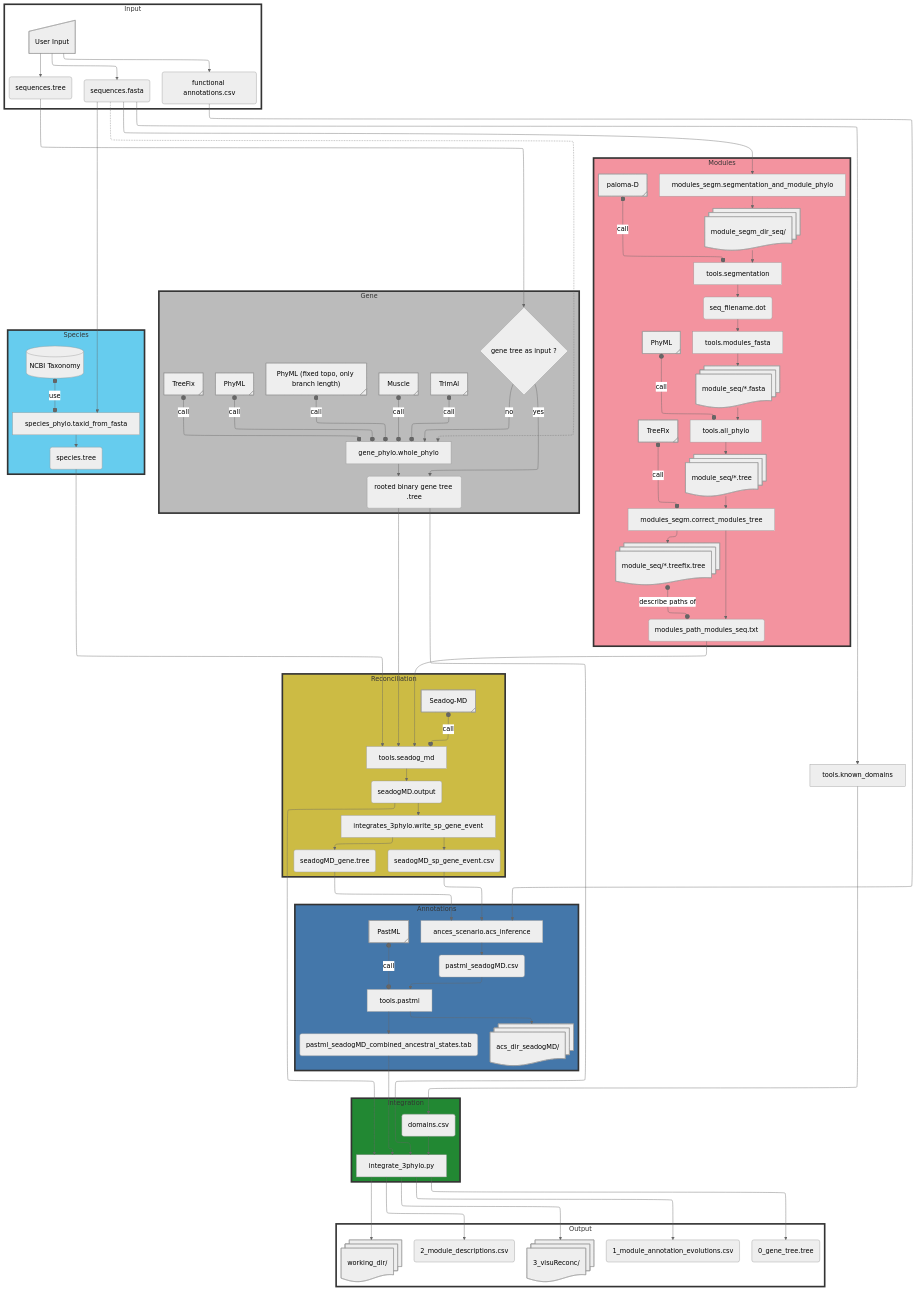
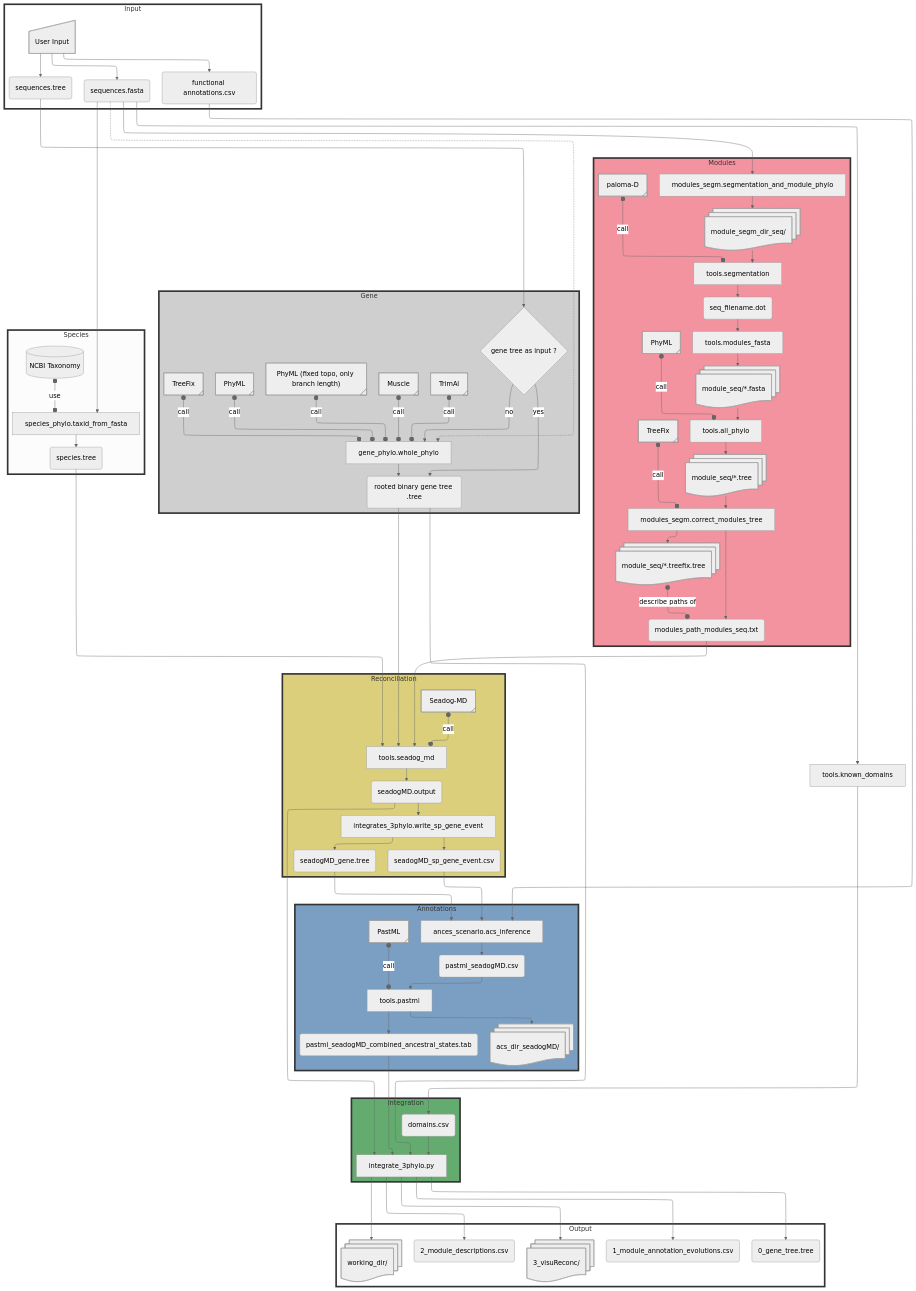
One commit to OcMalde/fuse-phylotree changed the diagram in README.md. Above: the diagram before and after it, drawn with Mermaid.

Commit message:
readme mermaid test

```diff
--- a/README.md
+++ b/README.md
@@ -64,14 +64,14 @@
 g8@{ shape: tag-rect, label: "PhyML (fixed topo, only branch length)" } o--o|call| g3
 g3 --> g2
 end
-style Gene fill:#BBB,stroke:#333,stroke-width:4px
+style Gene fill:#BBBBBBB3,stroke:#333,stroke-width:4px
 
 subgraph Species
 A --> s1[species_phylo.taxid_from_fasta]
 s2@{ shape: cyl, label: "NCBI Taxonomy" } o--o|use| s1
 s1 --> s3(species.tree)
 end
-style Species fill:#6CE,stroke:#333,stroke-width:4px
+style Species fill:#66CCCEEB3,stroke:#333,stroke-width:4px
 
 A --> d1[tools.known_domains]
 d1 --> d2(domains.csv)
@@ -86,7 +86,7 @@
 r4 --> r5(seadogMD_sp_gene_event.csv)
 r4 --> r6(seadogMD_gene.tree)
 end
-style Reconciliation fill:#CB4,stroke:#333,stroke-width:4px
+style Reconciliation fill:#CCBB44B3,stroke:#333,stroke-width:4px
 
 subgraph Annotations
 C(functional annotations.csv) --> a1[ances_scenario.acs_inference]
@@ -98,7 +98,7 @@
 a3 --> a5(pastml_seadogMD_combined_ancestral_states.tab)
 a3 --> a6@{ shape: docs, label: "acs_dir_seadogMD/" }
 end
-style Annotations fill:#47A,stroke:#333,stroke-width:4px
+style Annotations fill:#4477AAB3,stroke:#333,stroke-width:4px
 
 subgraph Integration
 r3 --> i1[integrate_3phylo.py]
@@ -106,7 +106,7 @@
 a5 --> i1
 d2 --> i1
 end
-style Integration fill:#283,stroke:#333,stroke-width:4px
+style Integration fill:#228833B3,stroke:#333,stroke-width:4px
 
 subgraph Output
 i1 --> i2(0_gene_tree.tree)
```
